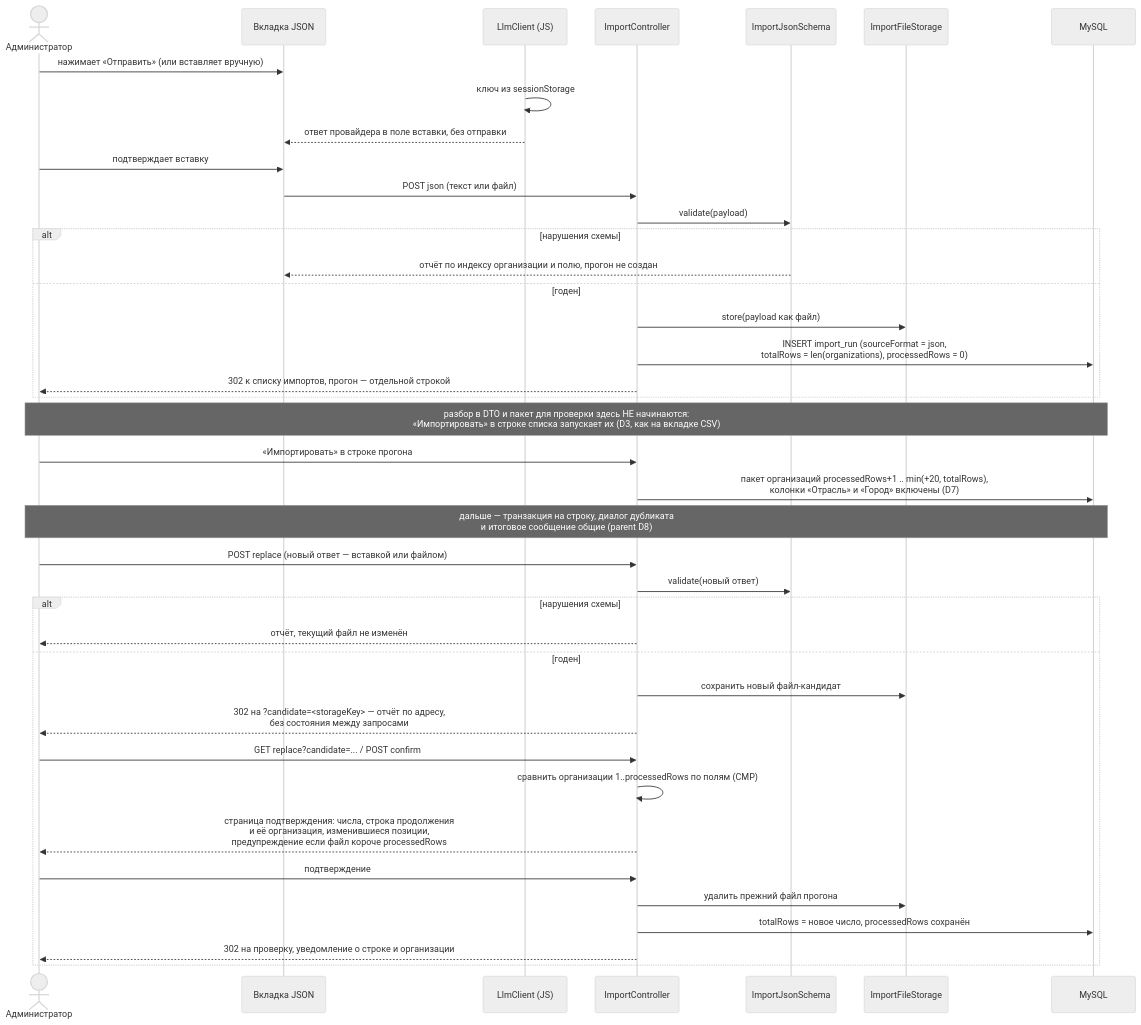
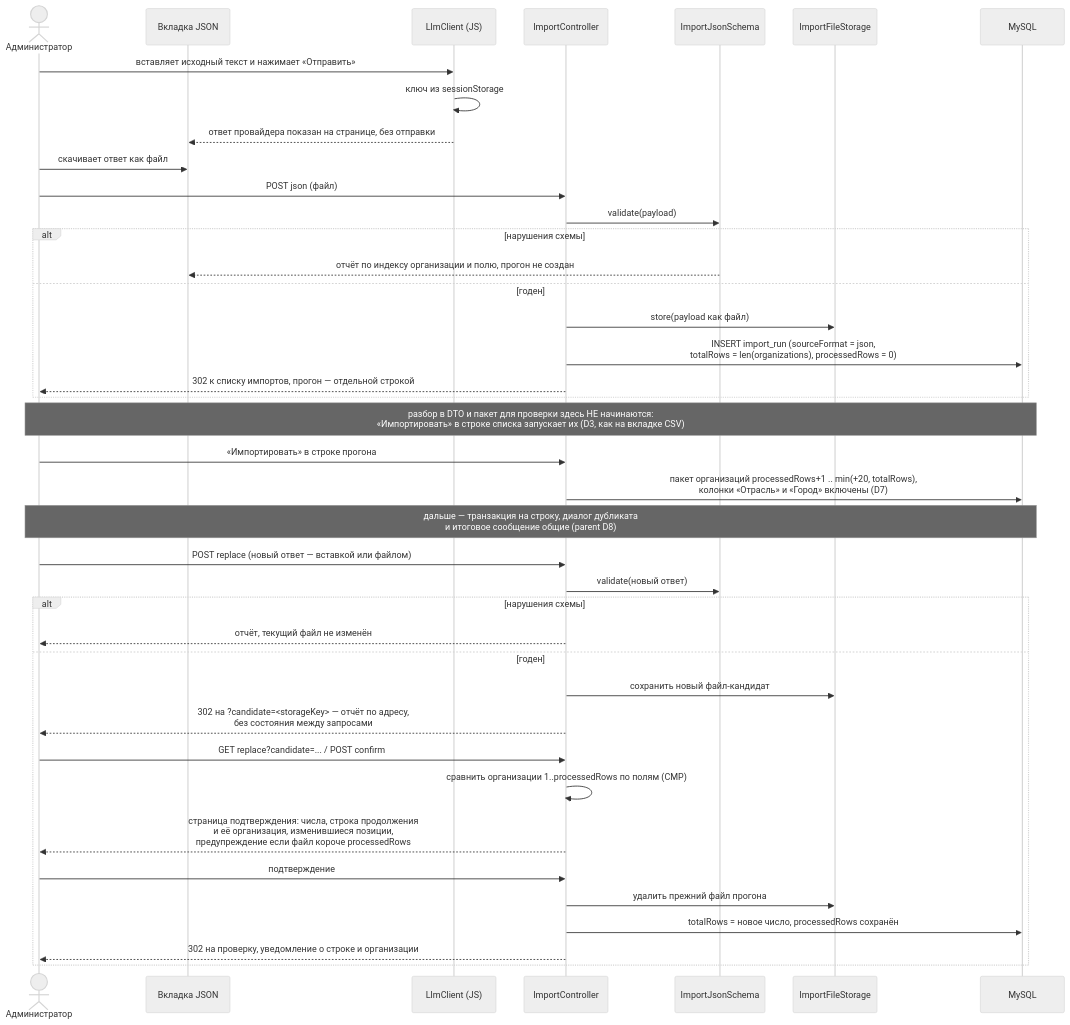
The third of 3 diagrams in openspec/changes/add-organizations-json-import/design.md (AliakseiBurak/crm-one), drawn with Mermaid (neutral theme) before and after one commit. The commit also changed other lines of this file and 4 other files, not shown here.

````diff
--- a/openspec/changes/add-organizations-json-import/design.md
+++ b/openspec/changes/add-organizations-json-import/design.md
@@ -455,46 +562,46 @@
 ```mermaid
 sequenceDiagram
     actor Admin as Администратор
     participant Page as Вкладка JSON
     participant LLMJS as LlmClient (JS)
     participant IC as ImportController
     participant SCH as ImportJsonSchema
     participant ST as ImportFileStorage
     participant DB as MySQL
 
-    Admin->>Page: нажимает «Отправить» (или вставляет вручную)
+    Admin->>LLMJS: вставляет исходный текст и нажимает «Отправить»
     LLMJS->>LLMJS: ключ из sessionStorage
-    LLMJS-->>Page: ответ провайдера в поле вставки, без отправки
-    Admin->>Page: подтверждает вставку
-    Page->>IC: POST json (текст или файл)
+    LLMJS-->>Page: ответ провайдера показан на странице, без отправки
+    Admin->>Page: скачивает ответ как файл
+    Admin->>IC: POST json (файл)
     IC->>SCH: validate(payload)
     alt нарушения схемы
         SCH-->>Page: отчёт по индексу организации и полю, прогон не создан
     else годен
         IC->>ST: store(payload как файл)
         IC->>DB: INSERT import_run (sourceFormat = json,<br/>totalRows = len(organizations), processedRows = 0)
         IC-->>Admin: 302 к списку импортов, прогон — отдельной строкой
     end
 
     Note over Admin,DB: разбор в DTO и пакет для проверки здесь НЕ начинаются:<br/>«Импортировать» в строке списка запускает их (D3, как на вкладке CSV)
 
     Admin->>IC: «Импортировать» в строке прогона
     IC->>DB: пакет организаций processedRows+1 .. min(+20, totalRows),<br/>колонки «Отрасль» и «Город» включены (D7)
     Note over Admin,DB: дальше — транзакция на строку, диалог дубликата<br/>и итоговое сообщение общие (parent D8)
 
     Admin->>IC: POST replace (новый ответ — вставкой или файлом)
     IC->>SCH: validate(новый ответ)
     alt нарушения схемы
         IC-->>Admin: отчёт, текущий файл не изменён
     else годен
         IC->>ST: сохранить новый файл-кандидат
         IC-->>Admin: 302 на ?candidate=<storageKey> — отчёт по адресу,<br/>без состояния между запросами
         Admin->>IC: GET replace?candidate=... / POST confirm
         IC->>IC: сравнить организации 1..processedRows по полям (CMP)
         IC-->>Admin: страница подтверждения: числа, строка продолжения<br/>и её организация, изменившиеся позиции,<br/>предупреждение если файл короче processedRows
         Admin->>IC: подтверждение
         IC->>ST: удалить прежний файл прогона
         IC->>DB: totalRows = новое число, processedRows сохранён
         IC-->>Admin: 302 на проверку, уведомление о строке и организации
     end
 ```
````
